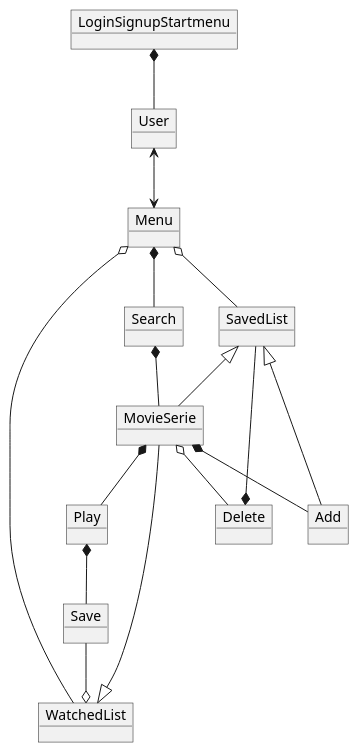
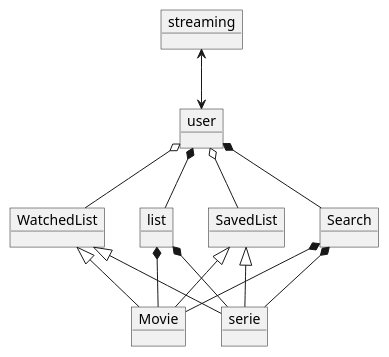
One commit to mrPrimeBeef/Sem1-Project-MovieStream changed the diagram in Doc/Static/Domain model.puml. Above: the diagram before and after it, drawn with PlantUML. The commit also changed 1 other file, not shown here.

Commit message:
Update af Domain model og Classdiagram

```diff
--- a/Doc/Static/Domain model.puml
+++ b/Doc/Static/Domain model.puml
@@ -1,55 +1,42 @@
 @startuml
 'https://plantuml.com/object-diagram
 
-object LoginSignupStartmenu
-object Menu
-object User
-object MovieSerie
+object streaming
+object user
+object Movie
+object serie
 object SavedList
 object Search
 object WatchedList
-object Play
-object Delete
-object Add
-object Save
-
-LoginSignupStartmenu *-- User
-
-User <--> Menu
-'utility.Search <|-- Menu
-
-Menu o-- SavedList
-Menu o-- WatchedList
-Menu *-- Search
-
-'Saved <|- MovieSerie
-
-'Watched <|- MovieSerie
-
-'Delete' <|- MovieSerie
-
-Search *-- MovieSerie
-WatchedList <|-- MovieSerie
-SavedList <|-- MovieSerie
-
-MovieSerie *-- Play
-Play *-- Save
-MovieSerie o-- Delete
-MovieSerie *-- Add
-
-Add --|> SavedList
-Save --o WatchedList
+object list
+'object Play
+'object Delete
+'object Add
+'object Save
 
 
-SavedList --* Delete
 
-'Play-- WatchedList
-'Play *-- SavedList
+streaming <--> user
 
-'Menu <|-- Saved
-'Menu <|-- Watched
-'Menu <|-- Delete
-'Menu <|-- utility.Search
+
+user o-- SavedList
+user o-- WatchedList
+user *-- Search
+user *-- list
+
+
+Search *-- Movie
+WatchedList <|-- Movie
+SavedList <|-- Movie
+list *-- Movie
+
+Search *-- serie
+WatchedList <|-- serie
+SavedList <|-- serie
+list *-- serie
+
+
+
 
 
 @enduml
```
